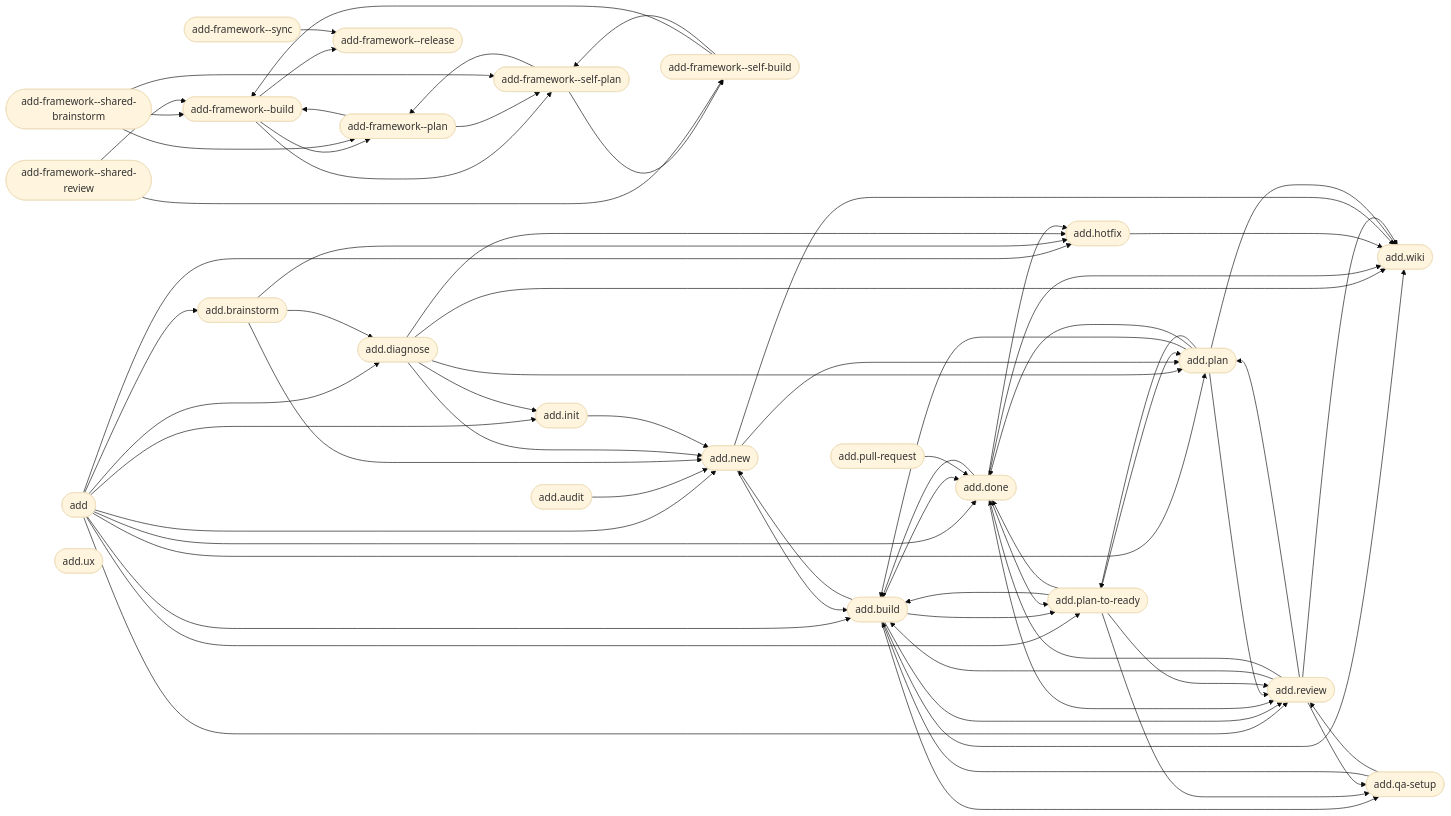
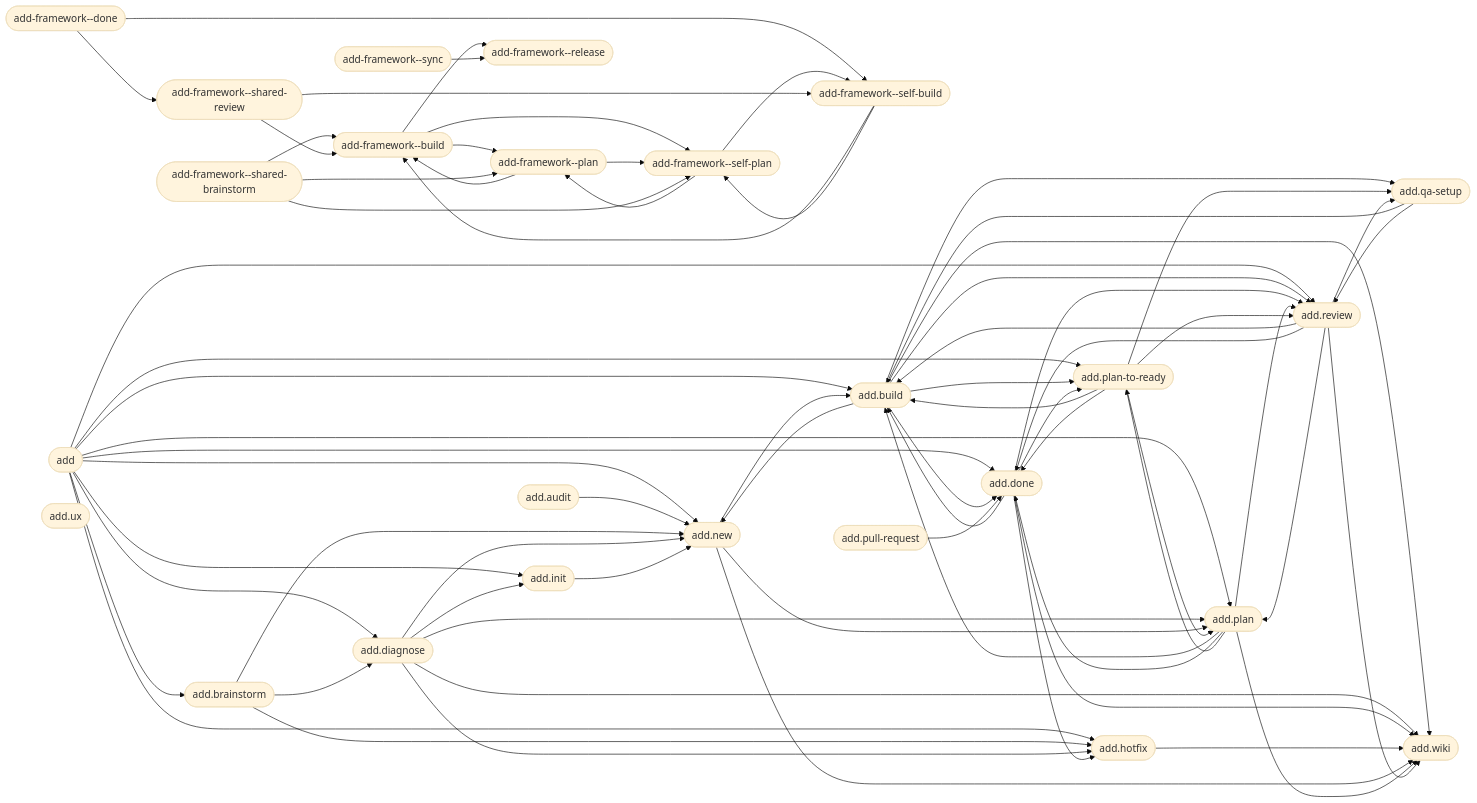
One commit to brabos-ai/code-addiction changed the diagram in web/public/artefact-graph.mmd. Above: the diagram before and after it, drawn with Mermaid (base theme). The commit also changed 26 other files, not shown here.

```diff
--- a/web/public/artefact-graph.mmd
+++ b/web/public/artefact-graph.mmd
@@ -1,93 +1,96 @@
 flowchart LR
     n_internal_command_add_framework__build(["add-framework--build"])
+    n_internal_command_add_framework__done(["add-framework--done"])
     n_internal_command_add_framework__plan(["add-framework--plan"])
     n_internal_command_add_framework__release(["add-framework--release"])
     n_internal_command_add_framework__self_build(["add-framework--self-build"])
     n_internal_command_add_framework__self_plan(["add-framework--self-plan"])
     n_internal_command_add_framework__shared_brainstorm(["add-framework--shared-brainstorm"])
     n_internal_command_add_framework__shared_review(["add-framework--shared-review"])
     n_internal_command_add_framework__sync(["add-framework--sync"])
     n_product_command_add(["add"])
     n_product_command_add_audit(["add.audit"])
     n_product_command_add_brainstorm(["add.brainstorm"])
     n_product_command_add_build(["add.build"])
     n_product_command_add_diagnose(["add.diagnose"])
     n_product_command_add_done(["add.done"])
     n_product_command_add_hotfix(["add.hotfix"])
     n_product_command_add_init(["add.init"])
     n_product_command_add_new(["add.new"])
     n_product_command_add_plan(["add.plan"])
     n_product_command_add_plan_to_ready(["add.plan-to-ready"])
     n_product_command_add_pull_request(["add.pull-request"])
     n_product_command_add_qa_setup(["add.qa-setup"])
     n_product_command_add_review(["add.review"])
     n_product_command_add_ux(["add.ux"])
     n_product_command_add_wiki(["add.wiki"])
     n_internal_command_add_framework__build --> n_internal_command_add_framework__plan
     n_internal_command_add_framework__build --> n_internal_command_add_framework__release
     n_internal_command_add_framework__build --> n_internal_command_add_framework__self_plan
+    n_internal_command_add_framework__done --> n_internal_command_add_framework__self_build
+    n_internal_command_add_framework__done --> n_internal_command_add_framework__shared_review
     n_internal_command_add_framework__plan --> n_internal_command_add_framework__build
     n_internal_command_add_framework__plan --> n_internal_command_add_framework__self_plan
     n_internal_command_add_framework__self_build --> n_internal_command_add_framework__build
     n_internal_command_add_framework__self_build --> n_internal_command_add_framework__self_plan
     n_internal_command_add_framework__self_plan --> n_internal_command_add_framework__plan
     n_internal_command_add_framework__self_plan --> n_internal_command_add_framework__self_build
     n_internal_command_add_framework__shared_brainstorm --> n_internal_command_add_framework__build
     n_internal_command_add_framework__shared_brainstorm --> n_internal_command_add_framework__plan
     n_internal_command_add_framework__shared_brainstorm --> n_internal_command_add_framework__self_plan
     n_internal_command_add_framework__shared_review --> n_internal_command_add_framework__build
     n_internal_command_add_framework__shared_review --> n_internal_command_add_framework__self_build
     n_internal_command_add_framework__sync --> n_internal_command_add_framework__release
     n_product_command_add --> n_product_command_add_brainstorm
     n_product_command_add --> n_product_command_add_build
     n_product_command_add --> n_product_command_add_diagnose
     n_product_command_add --> n_product_command_add_done
     n_product_command_add --> n_product_command_add_hotfix
     n_product_command_add --> n_product_command_add_init
     n_product_command_add --> n_product_command_add_new
     n_product_command_add --> n_product_command_add_plan
     n_product_command_add --> n_product_command_add_plan_to_ready
     n_product_command_add --> n_product_command_add_review
     n_product_command_add_audit --> n_product_command_add_new
     n_product_command_add_brainstorm --> n_product_command_add_diagnose
     n_product_command_add_brainstorm --> n_product_command_add_hotfix
     n_product_command_add_brainstorm --> n_product_command_add_new
     n_product_command_add_build --> n_product_command_add_done
     n_product_command_add_build --> n_product_command_add_new
     n_product_command_add_build --> n_product_command_add_plan_to_ready
     n_product_command_add_build --> n_product_command_add_qa_setup
     n_product_command_add_build --> n_product_command_add_review
     n_product_command_add_build --> n_product_command_add_wiki
     n_product_command_add_diagnose --> n_product_command_add_hotfix
     n_product_command_add_diagnose --> n_product_command_add_init
     n_product_command_add_diagnose --> n_product_command_add_new
     n_product_command_add_diagnose --> n_product_command_add_plan
     n_product_command_add_diagnose --> n_product_command_add_wiki
     n_product_command_add_done --> n_product_command_add_build
     n_product_command_add_done --> n_product_command_add_hotfix
     n_product_command_add_done --> n_product_command_add_plan_to_ready
     n_product_command_add_done --> n_product_command_add_review
     n_product_command_add_done --> n_product_command_add_wiki
     n_product_command_add_hotfix --> n_product_command_add_wiki
     n_product_command_add_init --> n_product_command_add_new
     n_product_command_add_new --> n_product_command_add_build
     n_product_command_add_new --> n_product_command_add_plan
     n_product_command_add_new --> n_product_command_add_wiki
     n_product_command_add_plan --> n_product_command_add_build
     n_product_command_add_plan --> n_product_command_add_done
     n_product_command_add_plan --> n_product_command_add_plan_to_ready
     n_product_command_add_plan --> n_product_command_add_review
     n_product_command_add_plan --> n_product_command_add_wiki
     n_product_command_add_plan_to_ready --> n_product_command_add_build
     n_product_command_add_plan_to_ready --> n_product_command_add_done
     n_product_command_add_plan_to_ready --> n_product_command_add_plan
     n_product_command_add_plan_to_ready --> n_product_command_add_qa_setup
     n_product_command_add_plan_to_ready --> n_product_command_add_review
     n_product_command_add_pull_request --> n_product_command_add_done
     n_product_command_add_qa_setup --> n_product_command_add_build
     n_product_command_add_qa_setup --> n_product_command_add_review
     n_product_command_add_review --> n_product_command_add_build
     n_product_command_add_review --> n_product_command_add_done
     n_product_command_add_review --> n_product_command_add_plan
     n_product_command_add_review --> n_product_command_add_qa_setup
     n_product_command_add_review --> n_product_command_add_wiki
```
